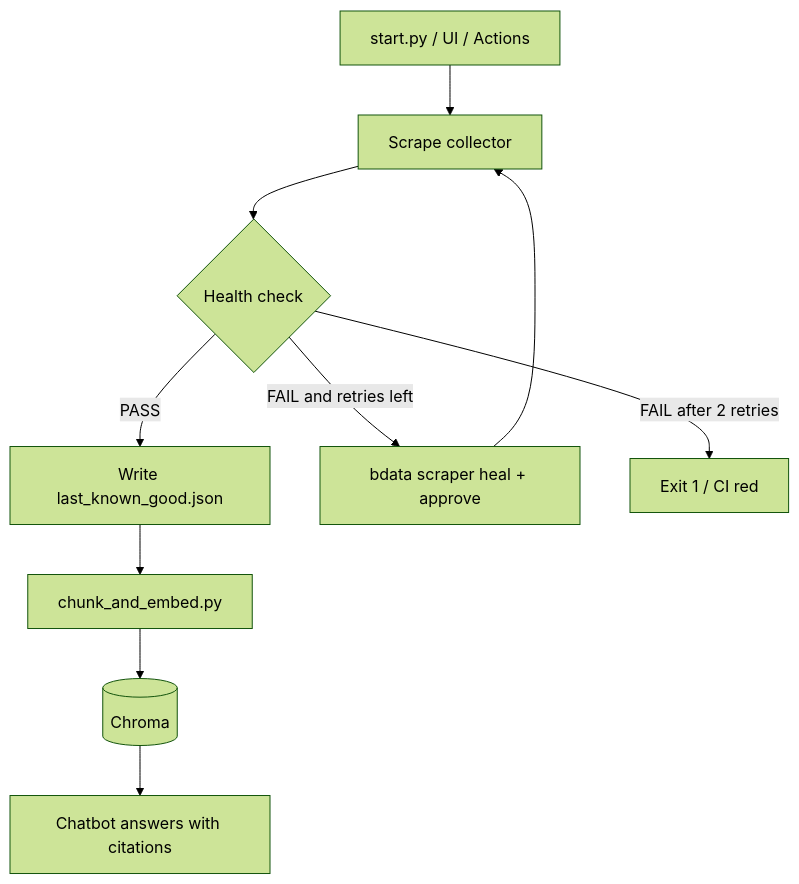
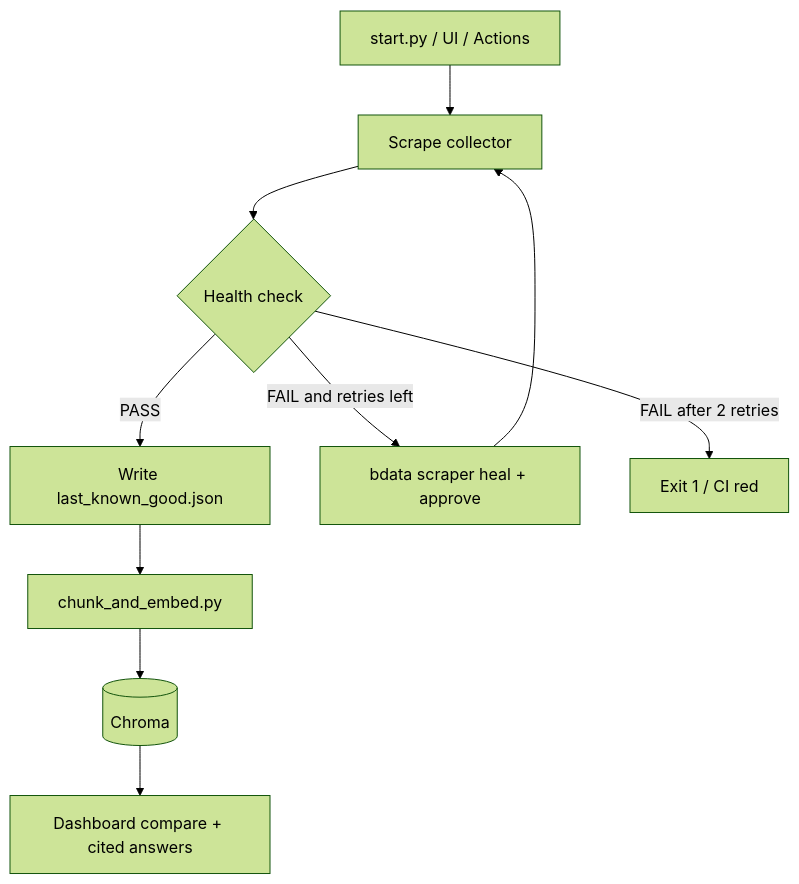
One commit to PARZIVAL7498/Web-Scraper-Self-Healing changed the second of 6 diagrams in README.md. Above: the diagram before and after it, drawn with Mermaid (forest theme). The commit also changed other lines of this file and 3 other files, not shown here.

````diff
--- a/README.md
+++ b/README.md
@@ -155,12 +165,12 @@
 ```mermaid
 flowchart TD
   trigger[start.py / UI / Actions] --> scrape[Scrape collector]
   scrape --> health{Health check}
   health -->|PASS| save[Write last_known_good.json]
   health -->|FAIL and retries left| heal["bdata scraper heal + approve"]
   heal --> scrape
   health -->|FAIL after 2 retries| dead[Exit 1 / CI red]
   save --> embed[chunk_and_embed.py]
   embed --> chroma[(Chroma)]
-  chroma --> ui[Chatbot answers with citations]
+  chroma --> ui[Dashboard compare + cited answers]
 ```
````
